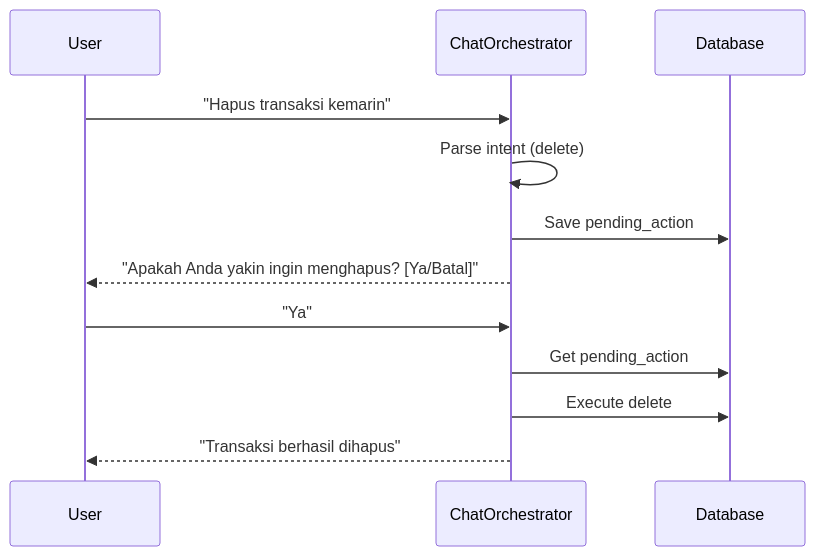
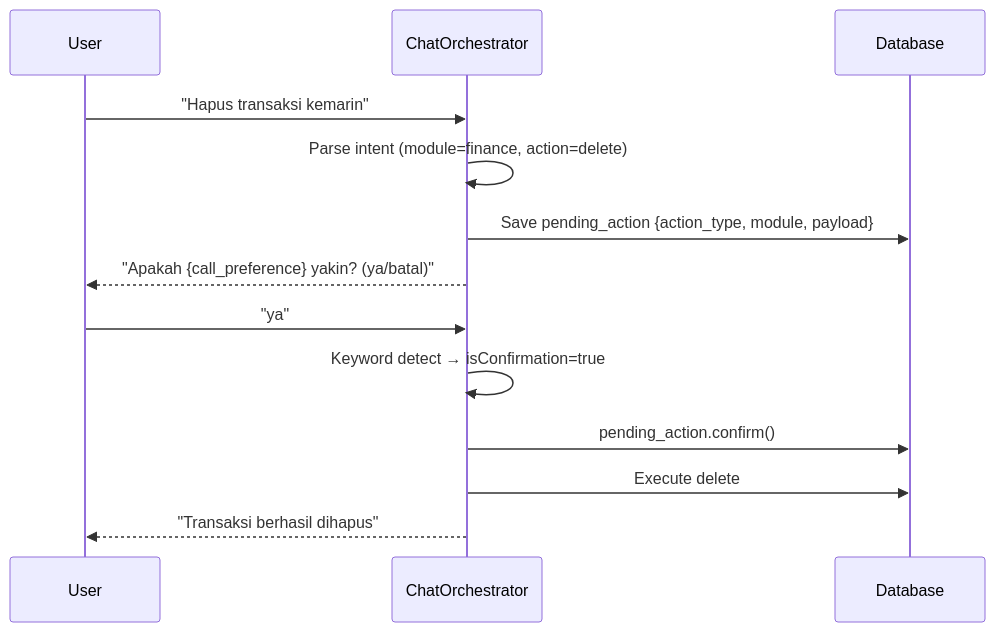
The third of 4 diagrams in docs/ARCHITECTURE.md (azmifauzan/aspri), drawn with Mermaid before and after one commit. The commit also changed other lines of this file and 6 other files, not shown here.

````diff
--- a/docs/ARCHITECTURE.md
+++ b/docs/ARCHITECTURE.md
@@ -186,15 +258,16 @@
 ```mermaid
 sequenceDiagram
   participant U as User
-  participant C as ChatOrchestrator
+  participant O as ChatOrchestrator
   participant DB as Database
-  
-  U->>C: "Hapus transaksi kemarin"
-  C->>C: Parse intent (delete)
-  C->>DB: Save pending_action
-  C-->>U: "Apakah Anda yakin ingin menghapus? [Ya/Batal]"
-  U->>C: "Ya"
-  C->>DB: Get pending_action
-  C->>DB: Execute delete
-  C-->>U: "Transaksi berhasil dihapus"
+
+  U->>O: "Hapus transaksi kemarin"
+  O->>O: Parse intent (module=finance, action=delete)
+  O->>DB: Save pending_action {action_type, module, payload}
+  O-->>U: "Apakah {call_preference} yakin? (ya/batal)"
+  U->>O: "ya"
+  O->>O: Keyword detect → isConfirmation=true
+  O->>DB: pending_action.confirm()
+  O->>DB: Execute delete
+  O-->>U: "Transaksi berhasil dihapus"
 ```
````
